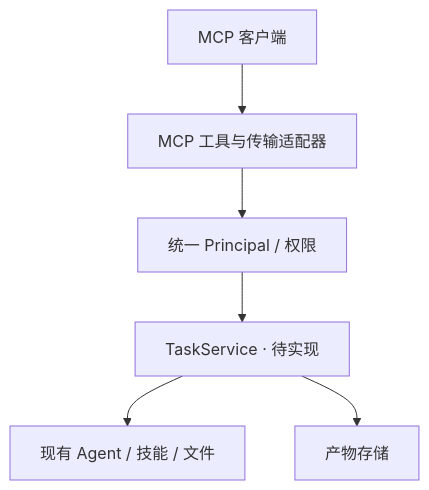
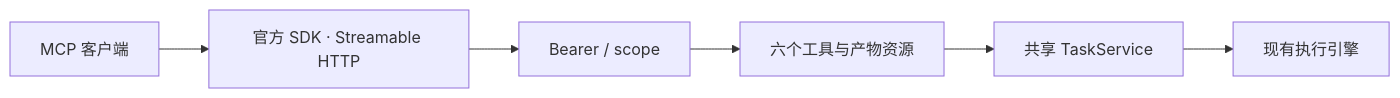
Before and after one commit to umeiko/UmEkO: the diagram in docs/architecture/mcp.md, drawn with Mermaid. The commit also changed other lines of this file and 47 other files, not shown here.

Commit message:
Add MCP and A2A task services with admin resource monitoring

````diff
--- a/docs/architecture/mcp.md
+++ b/docs/architecture/mcp.md
@@ -9,8 +5,8 @@
 ```mermaid
-flowchart TB
-    Client[MCP 客户端] --> Adapter[MCP 工具与传输适配器]
-    Adapter --> Auth[统一 Principal / 权限]
-    Auth --> Tasks[TaskService · 待实现]
-    Tasks --> Engine[现有 Agent / 技能 / 文件]
-    Tasks --> Artifacts[产物存储]
+flowchart LR
+    Client[MCP 客户端] --> HTTP[官方 SDK · Streamable HTTP]
+    HTTP --> Auth[Bearer / scope]
+    Auth --> Tools[六个工具与产物资源]
+    Tools --> Tasks[共享 TaskService]
+    Tasks --> Agent[现有执行引擎]
 ```
````
